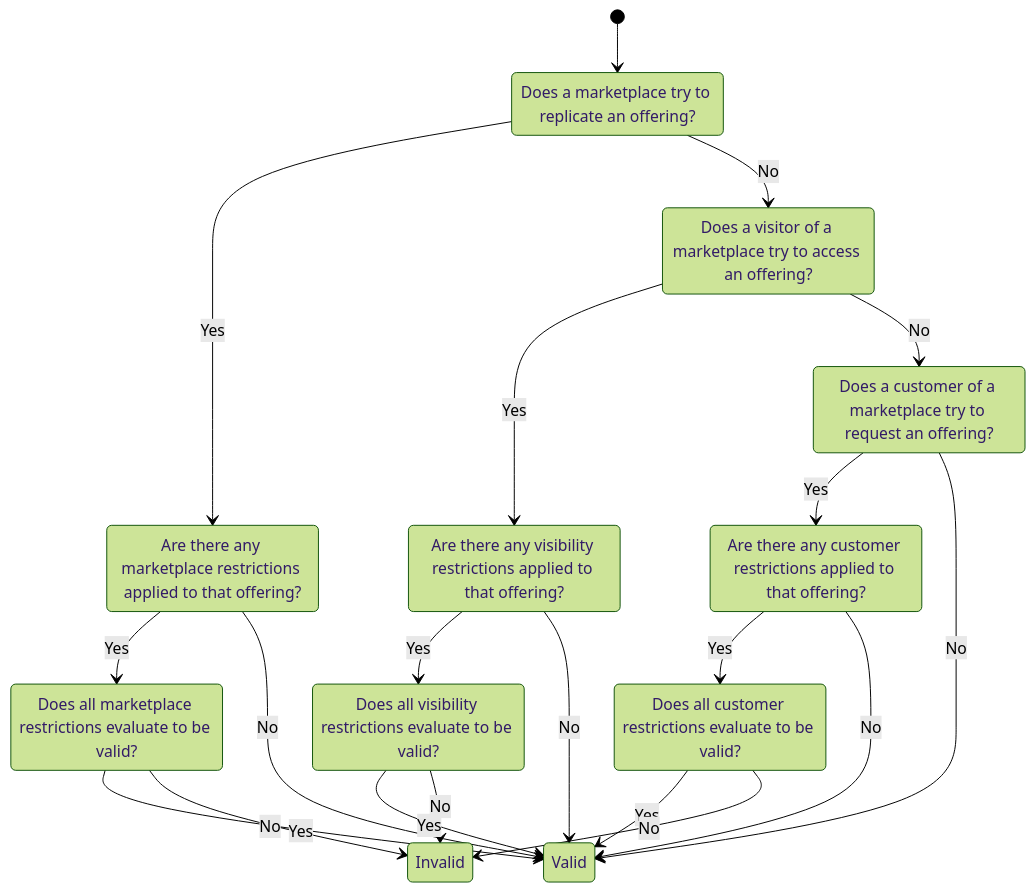
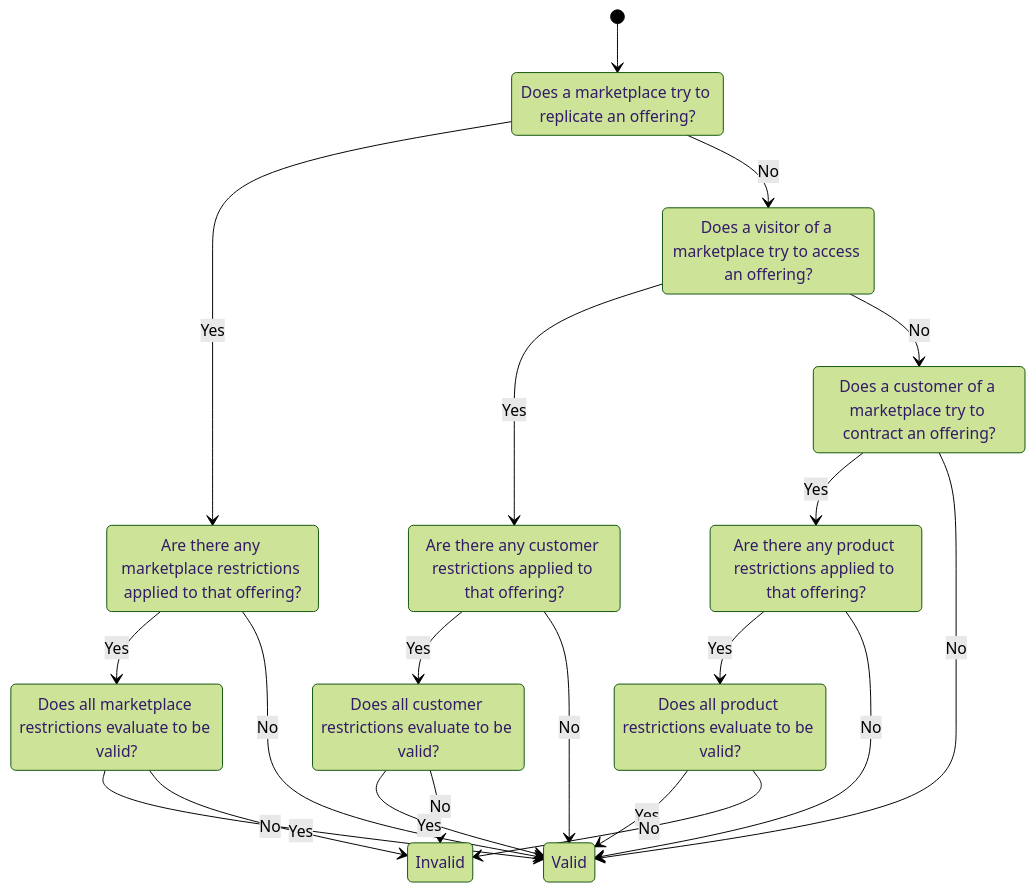
The first of 4 diagrams in docs/policy-evaluation-strategy.md (DOME-Marketplace/dome-odrl-profile), drawn with Mermaid (forest theme) before and after one commit. The commit also changed other lines of this file and 5 other files, not shown here.

````diff
--- a/docs/policy-evaluation-strategy.md
+++ b/docs/policy-evaluation-strategy.md
@@ -7,35 +19,40 @@
 ```mermaid
 stateDiagram-v2
   [*] --> Q1_1
+
   Q1_1 : Does a marketplace try to replicate an offering?
   Q1_1 --> Q1_2 : Yes
   Q1_1 --> Q2_1 : No
   Q1_2 : Are there any marketplace restrictions applied to that offering?
   Q1_2 --> Q1_3 : Yes
   Q1_2 --> VALID : No
   Q1_3 : Does all marketplace restrictions evaluate to be valid?
   Q1_3 --> VALID : Yes
   Q1_3 --> INVALID : No
+
   Q2_1 : Does a visitor of a marketplace try to access an offering?
   Q2_1 --> Q2_2 : Yes
   Q2_1 --> Q3_1 : No
-  Q2_2 : Are there any visibility restrictions applied to that offering?
+  Q2_2 : Are there any customer restrictions applied to that offering?
   Q2_2 --> Q2_3 : Yes
   Q2_2 --> VALID : No
-  Q2_3 : Does all visibility restrictions evaluate to be valid?
+  Q2_3 : Does all customer restrictions evaluate to be valid?
   Q2_3 --> VALID : Yes
   Q2_3 --> INVALID : No
-  Q3_1 : Does a customer of a marketplace try to request an offering?
+
+  Q3_1 : Does a customer of a marketplace try to contract an offering?
   Q3_1 --> Q3_2 : Yes
   Q3_1 --> VALID : No
-  Q3_2 : Are there any customer restrictions applied to that offering?
+  Q3_2 : Are there any product restrictions applied to that offering?
   Q3_2 --> Q3_3 : Yes
   Q3_2 --> VALID : No
-  Q3_3 : Does all customer restrictions evaluate to be valid?
+  Q3_3 : Does all product restrictions evaluate to be valid?
   Q3_3 --> VALID : Yes
   Q3_3 --> INVALID : No
+
   VALID:::FinalEvent : Valid
   INVALID:::ErrorEvent : Invalid
+
   classDef FinalEvent fill:darkgreen,color:white
   classDef ErrorEvent fill:darkred,color:white
 ```
````
